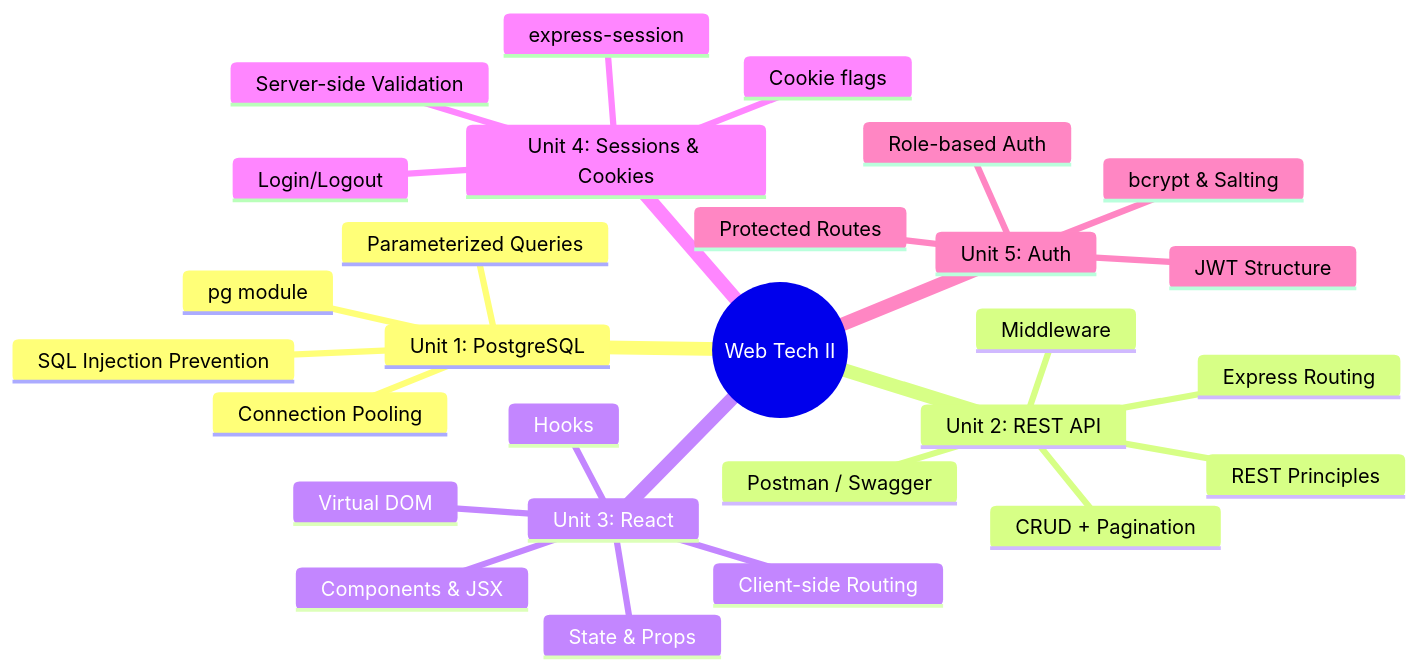
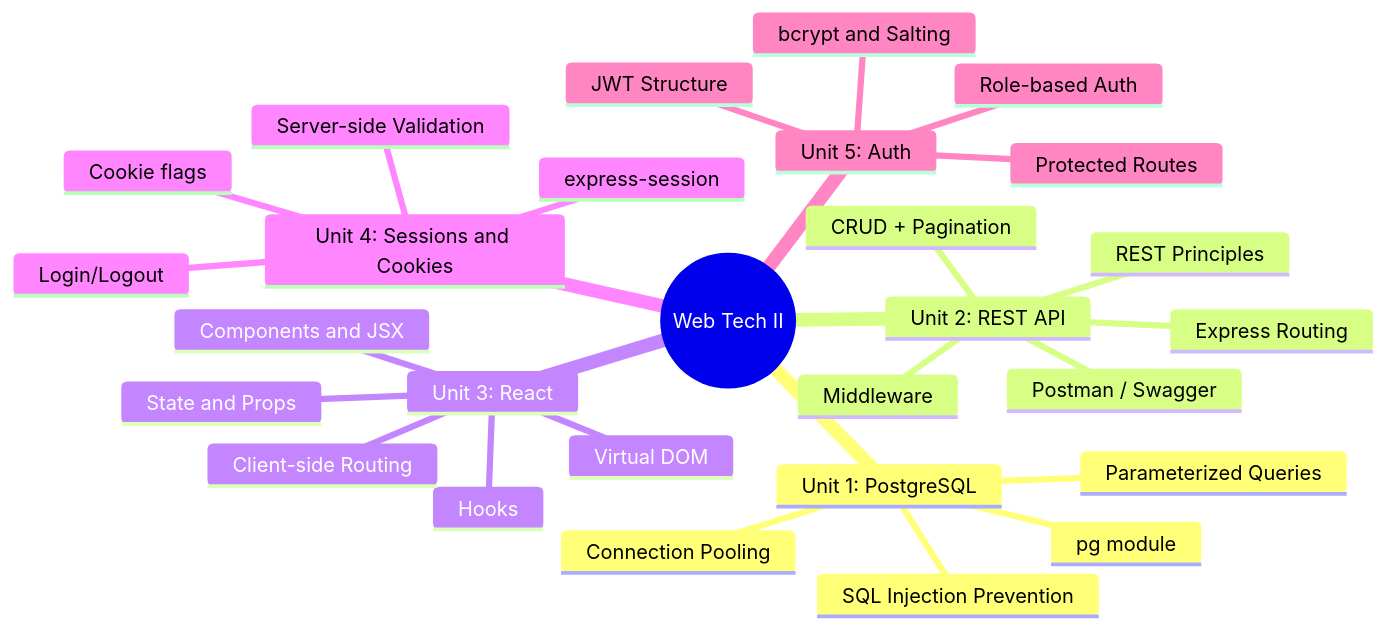
The first of 2 diagrams in 02-Semester-VI/CS-353-MJ-T-Web-Technology-II/Overview.md (amitdevx/TY), drawn with Mermaid before and after one commit. The commit also changed other lines of this file and 186 other files, not shown here.

````diff
--- a/02-Semester-VI/CS-353-MJ-T-Web-Technology-II/Overview.md
+++ b/02-Semester-VI/CS-353-MJ-T-Web-Technology-II/Overview.md
@@ -67,31 +69,31 @@
 ```mermaid
 mindmap
   root((Web Tech II))
     Unit 1: PostgreSQL
       pg module
       Connection Pooling
       Parameterized Queries
       SQL Injection Prevention
     Unit 2: REST API
       REST Principles
       Express Routing
       Middleware
       CRUD + Pagination
       Postman / Swagger
     Unit 3: React
-      Components & JSX
+      Components and JSX
       Virtual DOM
-      State & Props
+      State and Props
       Hooks
       Client-side Routing
-    Unit 4: Sessions & Cookies
+    Unit 4: Sessions and Cookies
       express-session
       Cookie flags
       Login/Logout
       Server-side Validation
     Unit 5: Auth
-      bcrypt & Salting
+      bcrypt and Salting
       JWT Structure
       Role-based Auth
       Protected Routes
 ```
````
